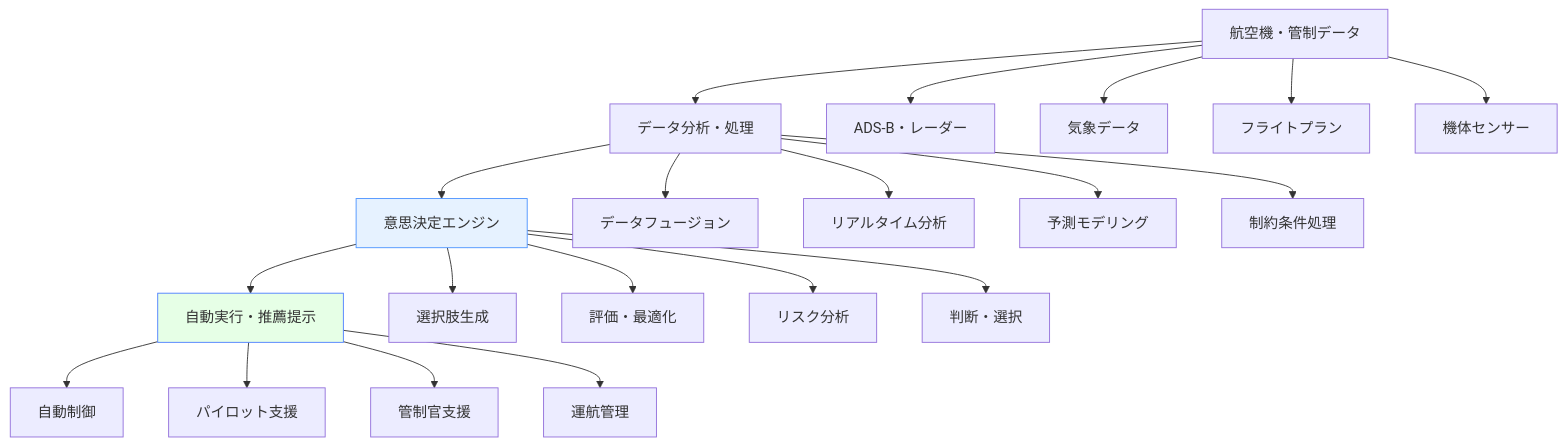
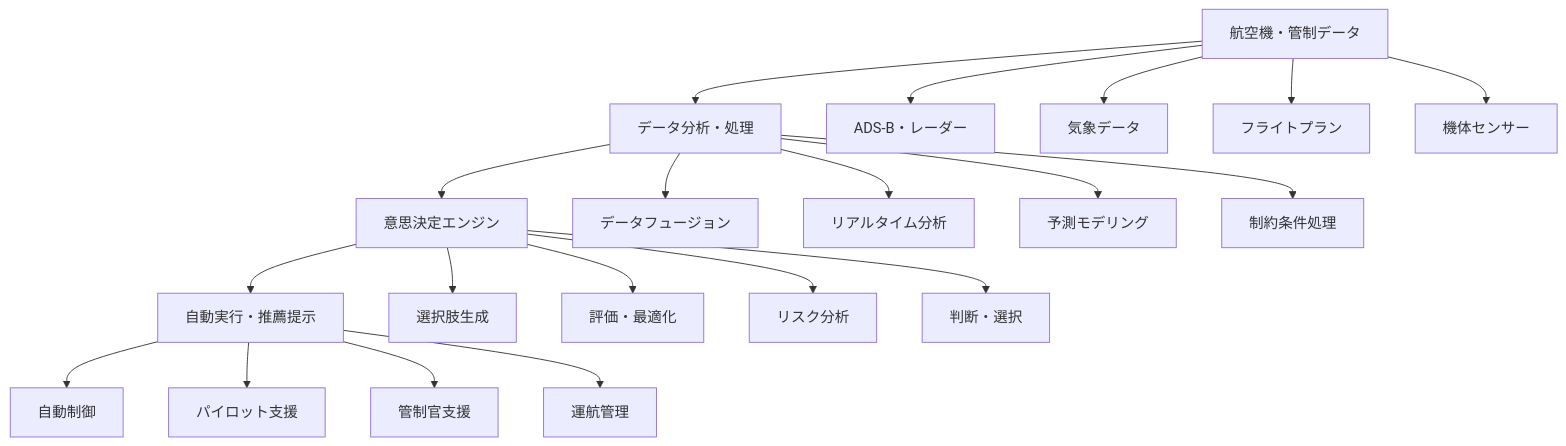
Before and after one commit to shuji-bonji/Situational-Awareness-and-Decision-Making: the diagram in docs/software/aviation-dm-software.md, drawn with Mermaid. The commit also changed 49 other files, not shown here.

Commit message:
fix: ダークモードで見づらい図の色の変更

````diff
--- a/docs/software/aviation-dm-software.md
+++ b/docs/software/aviation-dm-software.md
@@ -24,29 +24,29 @@
 ```mermaid
 graph TD
     A[航空機・管制データ] --> B[データ分析・処理]
     B --> C[意思決定エンジン]
     C --> D[自動実行・推薦提示]
     
     A --> A1[ADS-B・レーダー]
     A --> A2[気象データ]
     A --> A3[フライトプラン]
     A --> A4[機体センサー]
     
     B --> B1[データフュージョン]
     B --> B2[リアルタイム分析]
     B --> B3[予測モデリング]
     B --> B4[制約条件処理]
     
     C --> C1[選択肢生成]
     C --> C2[評価・最適化]
     C --> C3[リスク分析]
     C --> C4[判断・選択]
     
     D --> D1[自動制御]
     D --> D2[パイロット支援]
     D --> D3[管制官支援]
     D --> D4[運航管理]
     
-    style C fill:#e6f2ff,stroke:#4d94ff
-    style D fill:#e6ffe6,stroke:#4d7fff
+
+
 ```
````
